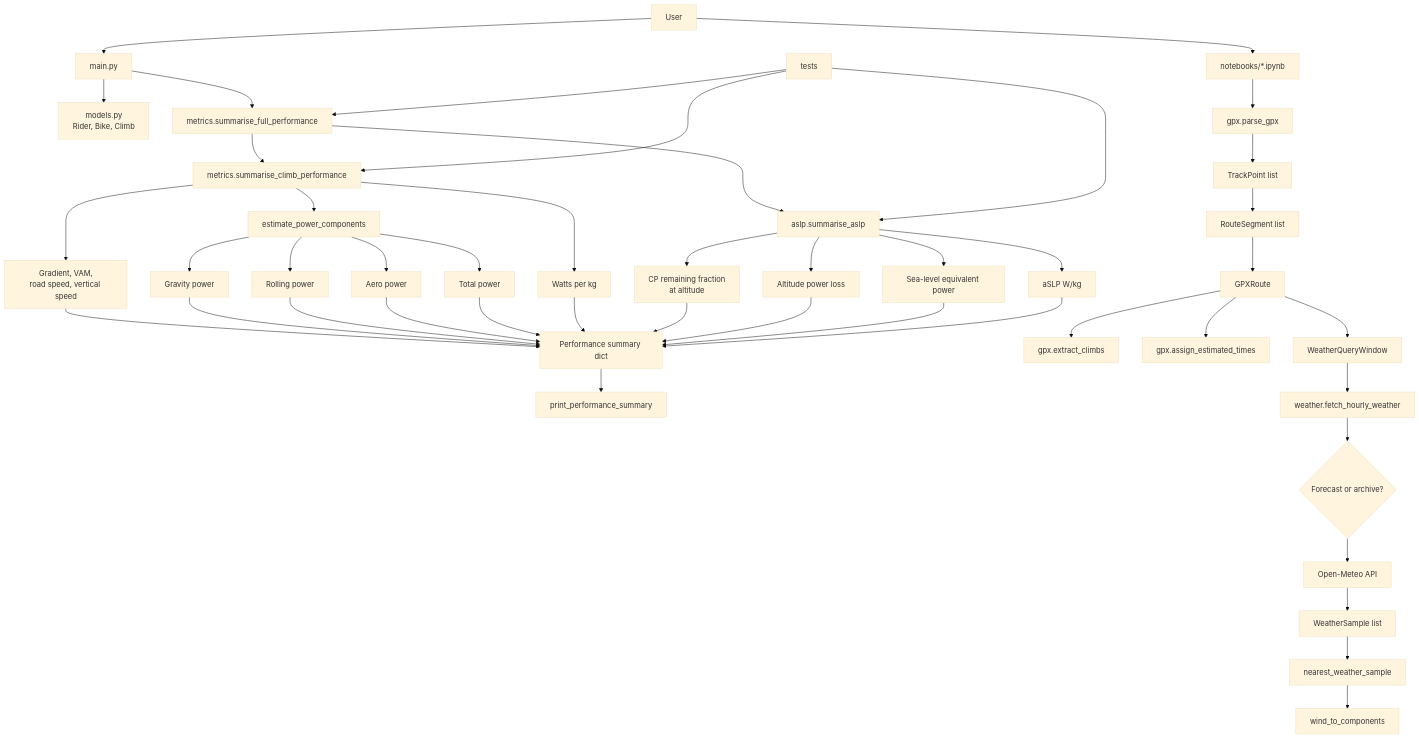
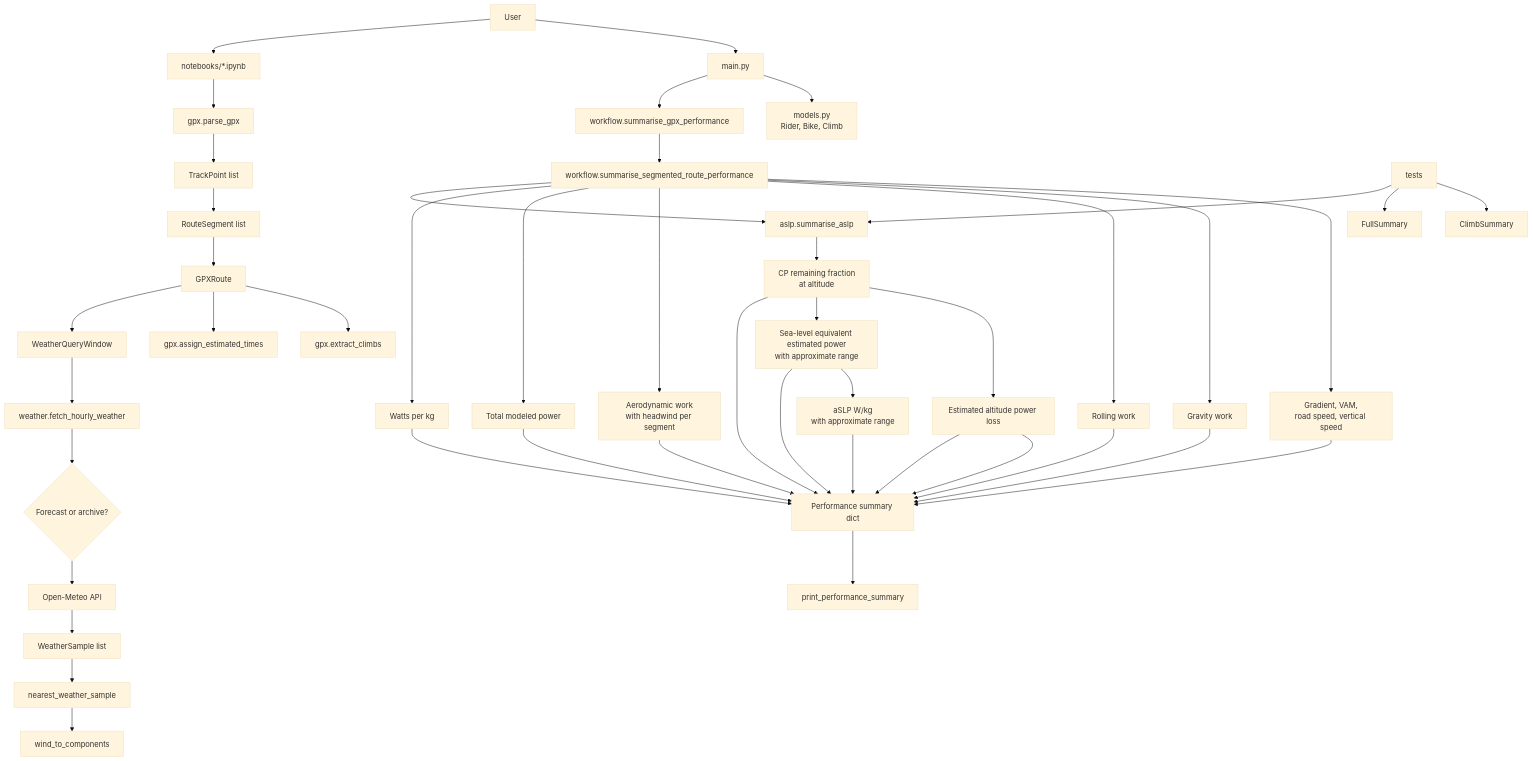
Before and after one commit to belindbl/climbing-performance-estimator: the first of 2 diagrams in docs/process-diagram.md, drawn with Mermaid (base theme). The commit also changed 25 other files, not shown here.

````diff
--- a/docs/process-diagram.md
+++ b/docs/process-diagram.md
@@ -3,55 +3,54 @@
 ```mermaid
 flowchart TD
     User[User] --> Main[main.py]
     User --> Notebooks[notebooks/*.ipynb]
 
     Main --> Models[models.py<br/>Rider, Bike, Climb]
-    Main --> FullSummary[metrics.summarise_full_performance]
+    Main --> RouteEstimate[workflow.summarise_gpx_performance]
+    RouteEstimate --> SegmentWork[workflow.summarise_segmented_route_performance]
+    SegmentWork --> BasicMetrics[Gradient, VAM,<br/>road speed, vertical speed]
+    SegmentWork --> Gravity[Gravity work]
+    SegmentWork --> Rolling[Rolling work]
+    SegmentWork --> Aero[Aerodynamic work<br/>with headwind per segment]
+    SegmentWork --> Total[Total modeled power]
+    SegmentWork --> Wkg[Watts per kg]
 
-    FullSummary --> ClimbSummary[metrics.summarise_climb_performance]
-    ClimbSummary --> BasicMetrics[Gradient, VAM,<br/>road speed, vertical speed]
-    ClimbSummary --> Power[estimate_power_components]
-    Power --> Gravity[Gravity power]
-    Power --> Rolling[Rolling power]
-    Power --> Aero[Aero power]
-    Power --> Total[Total power]
-    ClimbSummary --> Wkg[Watts per kg]
-
-    FullSummary --> ASLP[aslp.summarise_aslp]
+    SegmentWork --> ASLP[aslp.summarise_aslp]
     ASLP --> CPFraction[CP remaining fraction<br/>at altitude]
-    ASLP --> AltLoss[Altitude power loss]
-    ASLP --> SeaLevel[Sea-level equivalent power]
-    ASLP --> ASLPWkg[aSLP W/kg]
+    CPFraction --> AltLoss[Estimated altitude power loss]
+    CPFraction --> SeaLevel[Sea-level equivalent estimated power<br/>with approximate range]
+    SeaLevel --> ASLPWkg[aSLP W/kg<br/>with approximate range]
 
     BasicMetrics --> Summary[Performance summary dict]
     Gravity --> Summary
     Rolling --> Summary
     Aero --> Summary
     Total --> Summary
     Wkg --> Summary
     CPFraction --> Summary
+    AltLoss --> Summary
     AltLoss --> Summary
     SeaLevel --> Summary
     ASLPWkg --> Summary
 
     Summary --> Print[print_performance_summary]
 
     Notebooks --> GPXParse[gpx.parse_gpx]
     GPXParse --> TrackPoints[TrackPoint list]
     TrackPoints --> Segments[RouteSegment list]
     Segments --> GPXRoute[GPXRoute]
     GPXRoute --> Climbs[gpx.extract_climbs]
     GPXRoute --> TimeEstimate[gpx.assign_estimated_times]
     GPXRoute --> WeatherWindow[WeatherQueryWindow]
 
     WeatherWindow --> WeatherFetch[weather.fetch_hourly_weather]
     WeatherFetch --> SourceSelect{Forecast or archive?}
     SourceSelect --> OpenMeteo[Open-Meteo API]
     OpenMeteo --> Samples[WeatherSample list]
     Samples --> Nearest[nearest_weather_sample]
     Nearest --> Wind[wind_to_components]
 
     Tests[tests] --> ClimbSummary
     Tests --> FullSummary
     Tests --> ASLP
 ```
````
